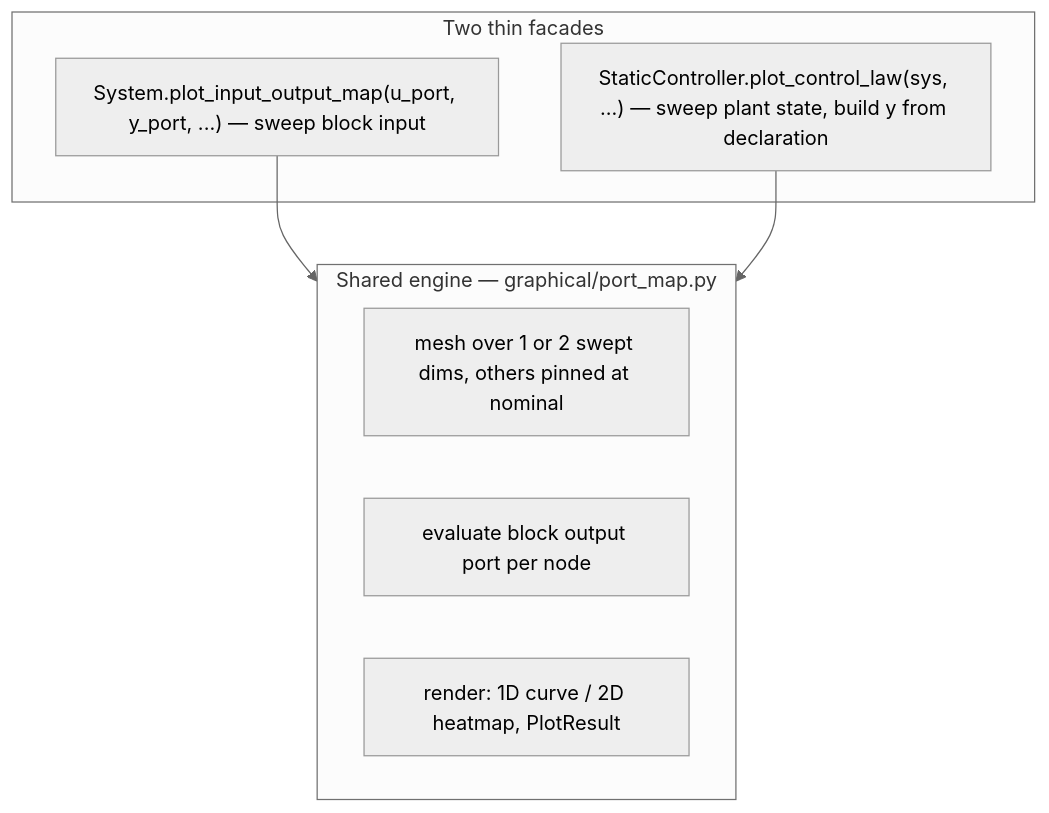
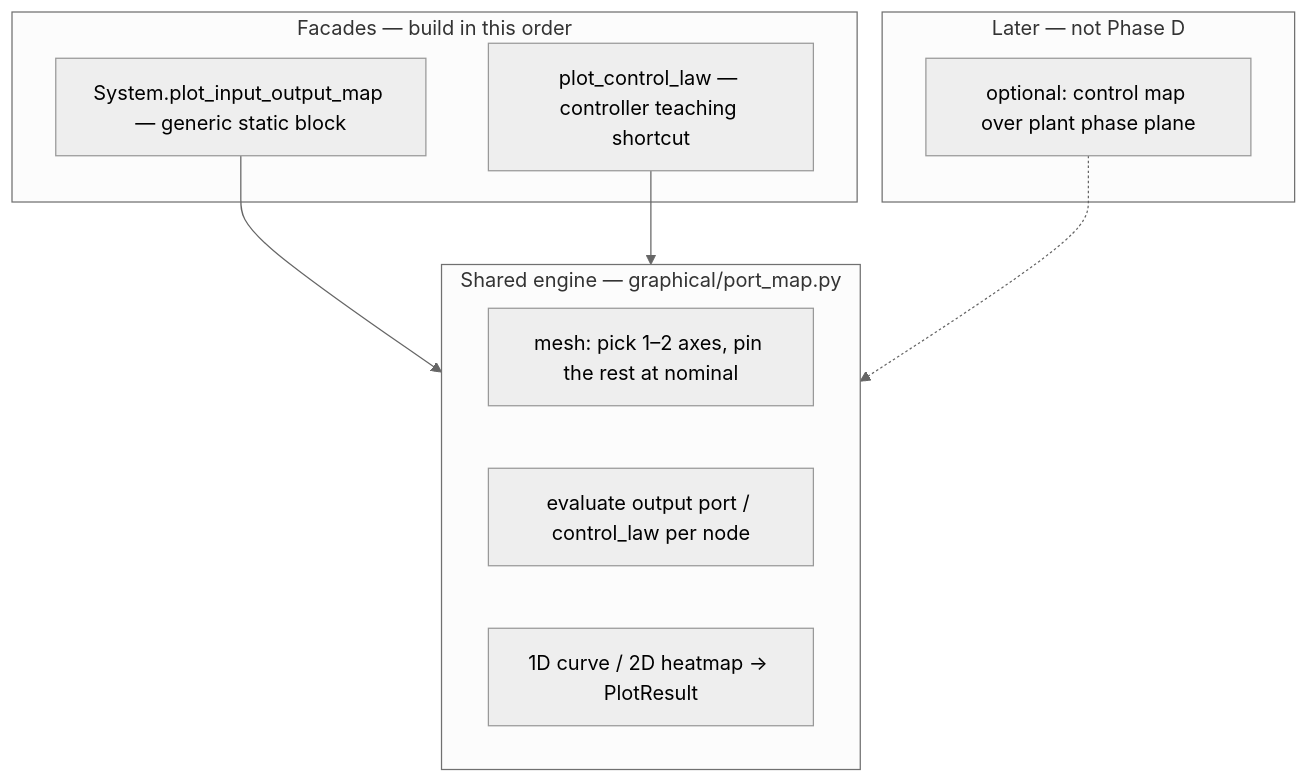
Before and after one commit to alx87grd/minilink: the second of 2 diagrams in docs/plans/control-block-contract.md, drawn with Mermaid (neutral theme). The commit also changed other lines of this file, not shown here.

First line of the commit message:
Revise control-block plan: controller-local plotting, no sys=

````diff
--- a/docs/plans/control-block-contract.md
+++ b/docs/plans/control-block-contract.md
@@ -209,14 +205,18 @@
 ```mermaid
 flowchart TB
   subgraph engine [Shared engine — graphical/port_map.py]
-    mesh["mesh over 1 or 2 swept dims, others pinned at nominal"]
-    eval["evaluate block output port per node"]
-    render["render: 1D curve / 2D heatmap, PlotResult"]
+    mesh["mesh: pick 1–2 axes, pin the rest at nominal"]
+    eval["evaluate output port / control_law per node"]
+    render["1D curve / 2D heatmap → PlotResult"]
   end
-  subgraph facades [Two thin facades]
-    iomap["System.plot_input_output_map(u_port, y_port, ...) — sweep block input"]
-    ctllaw["StaticController.plot_control_law(sys, ...) — sweep plant state, build y from declaration"]
+  subgraph facades [Facades — build in this order]
+    iomap["System.plot_input_output_map — generic static block"]
+    ctllaw["plot_control_law — controller teaching shortcut"]
+  end
+  subgraph later [Later — not Phase D]
+    overlay["optional: control map over plant phase plane"]
   end
   iomap --> engine
   ctllaw --> engine
+  overlay -.-> engine
 ```
````
